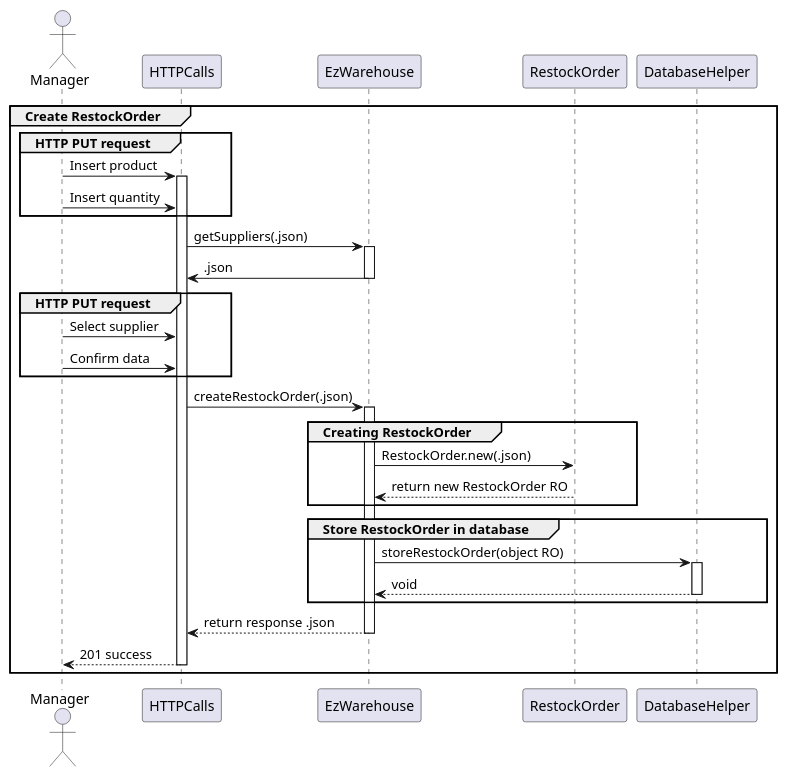
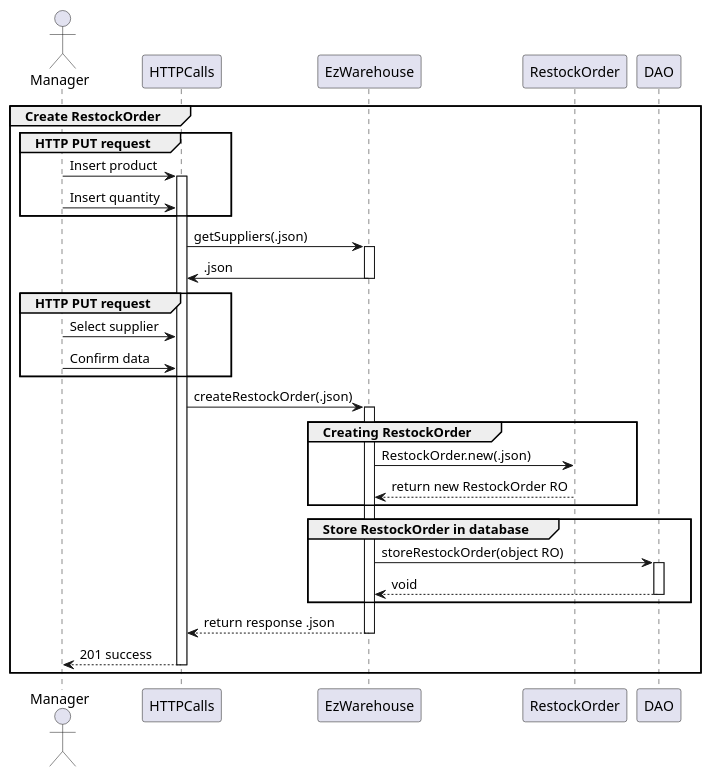
The eighth of 19 diagrams in DESIGN PART/DesignDocument.md (DavideArcolini/SoftEng_garbageCollector), drawn with PlantUML before and after one commit. The commit also changed other lines of this file, not shown here.

````diff
--- a/DESIGN PART/DesignDocument.md
+++ b/DESIGN PART/DesignDocument.md
@@ -568,45 +499,45 @@
 ```plantuml
 actor Manager 
 participant HTTPCalls
 participant EzWarehouse
 participant RestockOrder
-participant DatabaseHelper
+participant DAO
 
 group Create RestockOrder
 group HTTP PUT request
 Manager->HTTPCalls: Insert product
 activate HTTPCalls
 Manager->HTTPCalls: Insert quantity
 end
 
 HTTPCalls->EzWarehouse: getSuppliers(.json)
 activate EzWarehouse
 EzWarehouse->HTTPCalls: .json 
 deactivate EzWarehouse
 
 group HTTP PUT request
 Manager->HTTPCalls: Select supplier
 Manager->HTTPCalls: Confirm data
 end
 
 HTTPCalls->EzWarehouse: createRestockOrder(.json)
 activate EzWarehouse
 
 group Creating RestockOrder
 EzWarehouse->RestockOrder: RestockOrder.new(.json)
 RestockOrder-->EzWarehouse: return new RestockOrder RO
 end
 
 group Store RestockOrder in database
-EzWarehouse->DatabaseHelper: storeRestockOrder(object RO)
-activate DatabaseHelper
-DatabaseHelper-->EzWarehouse: void
-deactivate DatabaseHelper
+EzWarehouse->DAO: storeRestockOrder(object RO)
+activate DAO
+DAO-->EzWarehouse: void
+deactivate DAO
 end
 
 EzWarehouse-->HTTPCalls: return response .json
 deactivate EzWarehouse
 HTTPCalls-->Manager: 201 success
 deactivate HTTPCalls
 end
 ```
````
